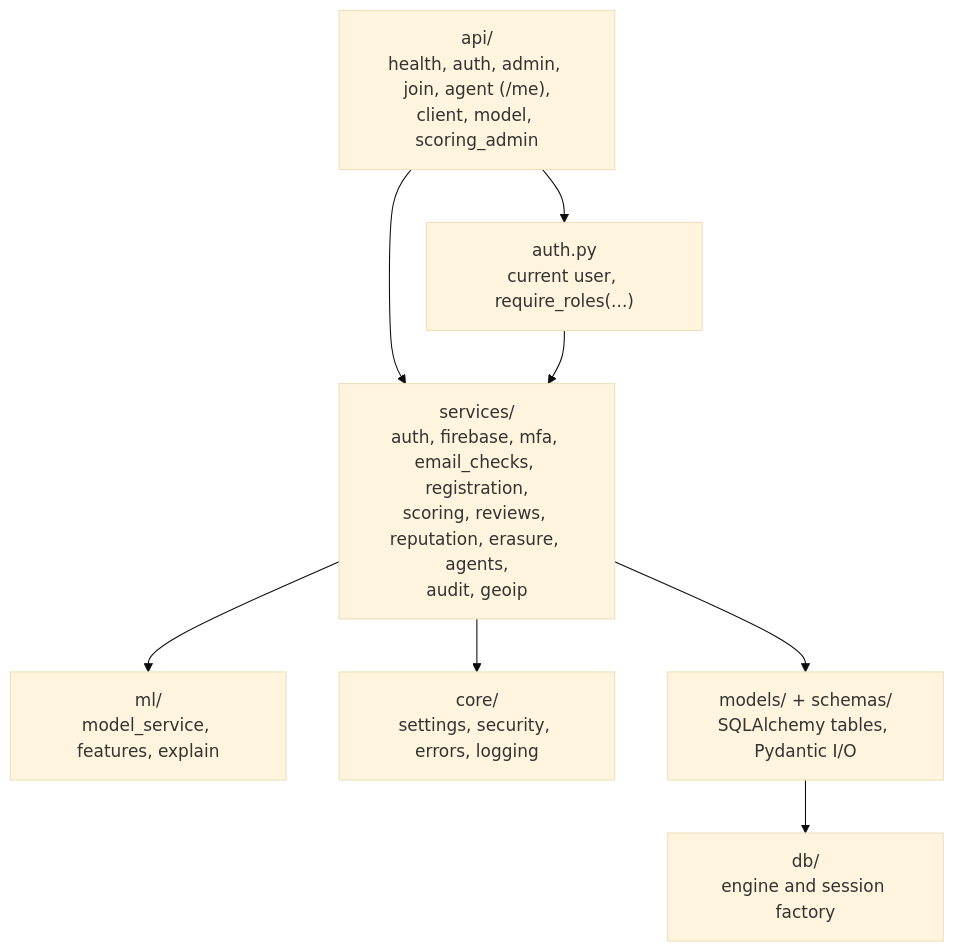
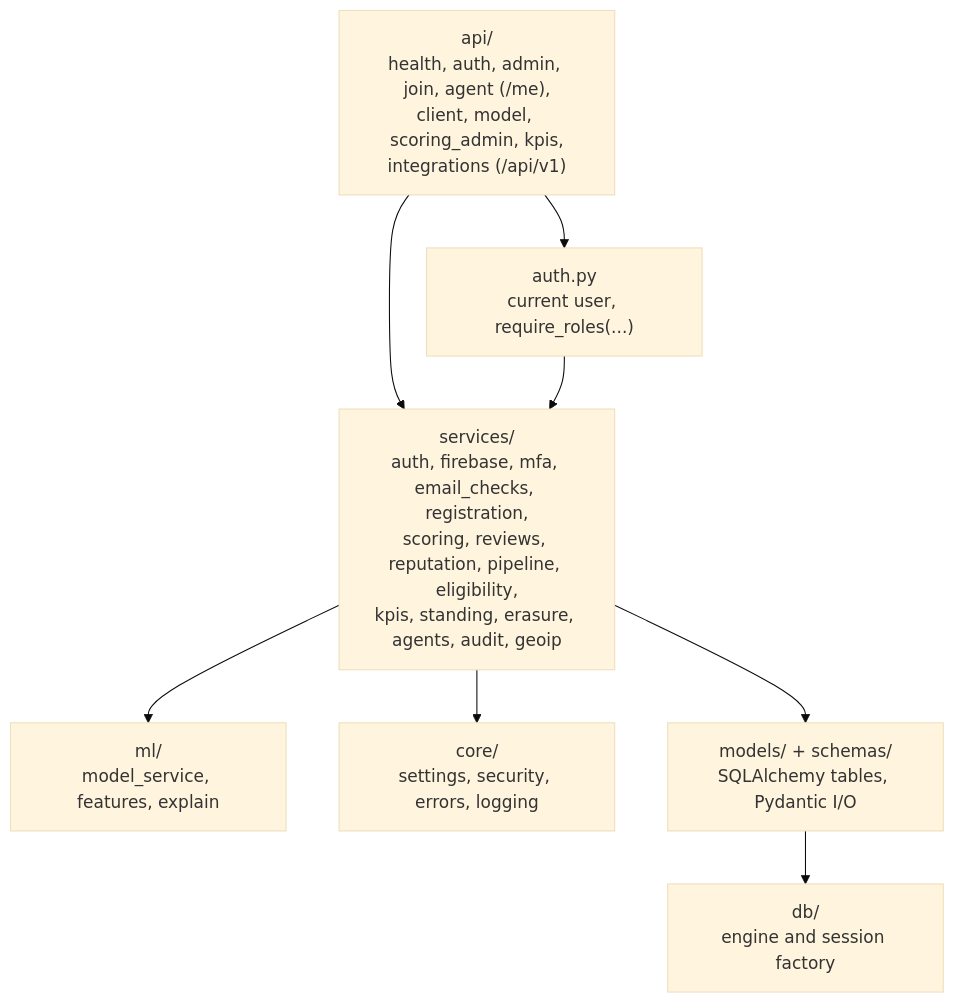
The second of 3 diagrams in docs/architecture.md (Myranyamwanda/Salesmesh), drawn with Mermaid (base theme) before and after one commit. The commit also changed other lines of this file and 3 other files, not shown here.

Commit message:
docs: add SRS traceability and update the README and architecture for v1.2.0

````diff
--- a/docs/architecture.md
+++ b/docs/architecture.md
@@ -38,18 +38,18 @@
 ```mermaid
 flowchart TB
-    routes["api/<br/>health, auth, admin, join, agent (/me),<br/>client, model, scoring_admin"]
+    routes["api/<br/>health, auth, admin, join, agent (/me),<br/>client, model, scoring_admin, kpis,<br/>integrations (/api/v1)"]
     deps["auth.py<br/>current user, require_roles(...)"]
-    services["services/<br/>auth, firebase, mfa, email_checks, registration,<br/>scoring, reviews, reputation, erasure, agents,<br/>audit, geoip"]
+    services["services/<br/>auth, firebase, mfa, email_checks, registration,<br/>scoring, reviews, reputation, pipeline, eligibility,<br/>kpis, standing, erasure, agents, audit, geoip"]
     ml["ml/<br/>model_service, features, explain"]
     core["core/<br/>settings, security, errors, logging"]
     models["models/ + schemas/<br/>SQLAlchemy tables, Pydantic I/O"]
     db["db/<br/>engine and session factory"]
 
     routes --> deps
     routes --> services
     deps --> services
     services --> ml
     services --> models
     services --> core
     models --> db
 ```
````
